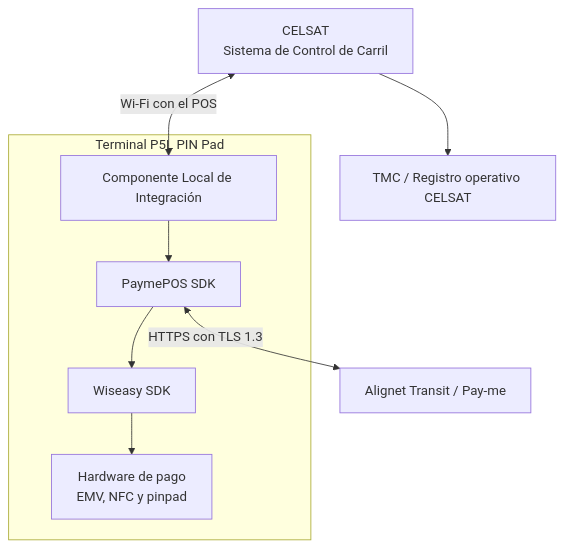
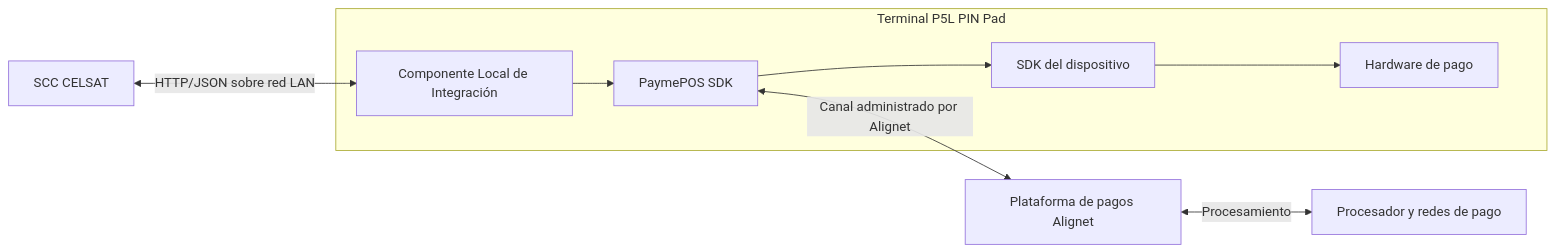
Before and after one commit to alignet-docs/alignet-developers: the first of 2 diagrams in procesamiento-fisico/alignet-transit/arquitectura-y-trazabilidad.mdx, drawn with Mermaid. The commit also changed other lines of this file and 13 other files, not shown here.

Commit message:
docs(transit): alinea integración CELSAT con especificación final

````diff
--- a/procesamiento-fisico/alignet-transit/arquitectura-y-trazabilidad.mdx
+++ b/procesamiento-fisico/alignet-transit/arquitectura-y-trazabilidad.mdx
@@ -9,22 +9,22 @@
 ```mermaid
-flowchart TB
-    SCC[CELSAT<br/>Sistema de Control de Carril]
+flowchart LR
+    SCC[SCC CELSAT]
 
     subgraph P5L[Terminal P5L PIN Pad]
         LOCAL[Componente Local de Integración]
         PAYME[PaymePOS SDK]
-        WISEASY[Wiseasy SDK]
-        HW[Hardware de pago<br/>EMV, NFC y pinpad]
+        DEVICE[SDK del dispositivo]
+        HARDWARE[Hardware de pago]
 
         LOCAL --> PAYME
-        PAYME --> WISEASY
-        WISEASY --> HW
+        PAYME --> DEVICE
+        DEVICE --> HARDWARE
     end
 
-    TRANSIT[Alignet Transit / Pay-me]
-    TMC[TMC / Registro operativo CELSAT]
+    PLATFORM[Plataforma de pagos Alignet]
+    PROCESSOR[Procesador y redes de pago]
 
-    SCC <-->|Wi-Fi con el POS| LOCAL
-    PAYME <-->|HTTPS con TLS 1.3| TRANSIT
-    SCC --> TMC
+    SCC <-->|HTTP/JSON sobre red LAN| LOCAL
+    PAYME <-->|Canal administrado por Alignet| PLATFORM
+    PLATFORM <-->|Procesamiento| PROCESSOR
 ```
````
